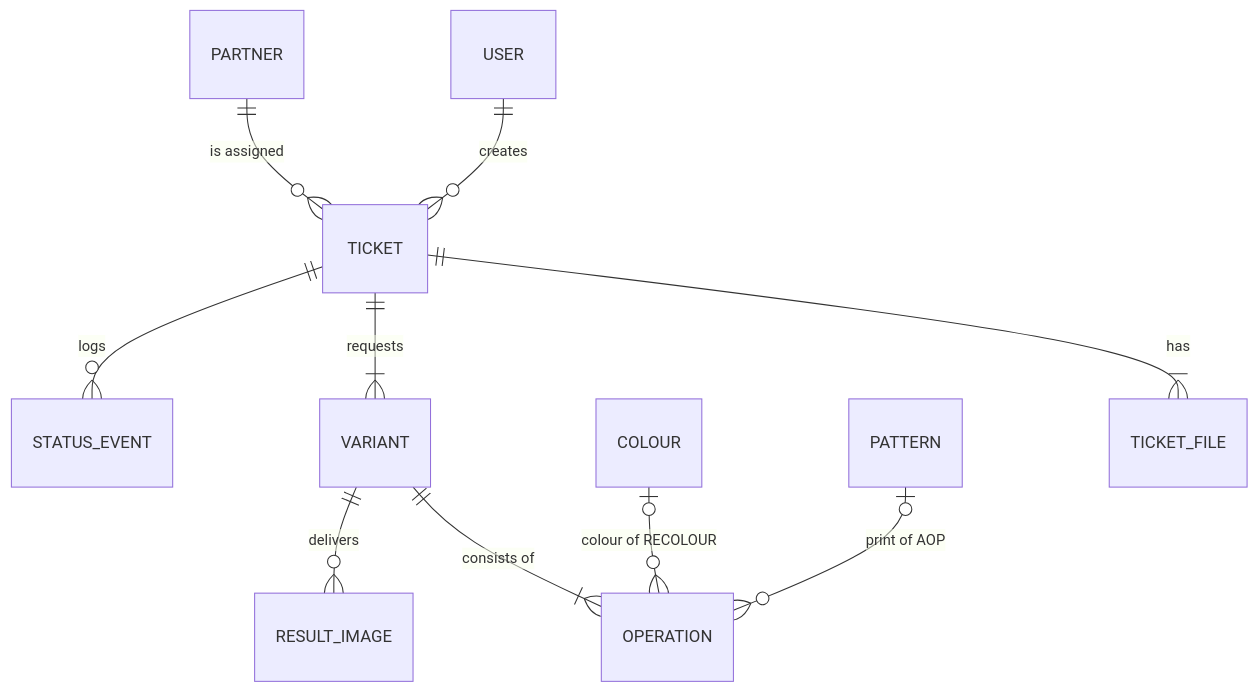
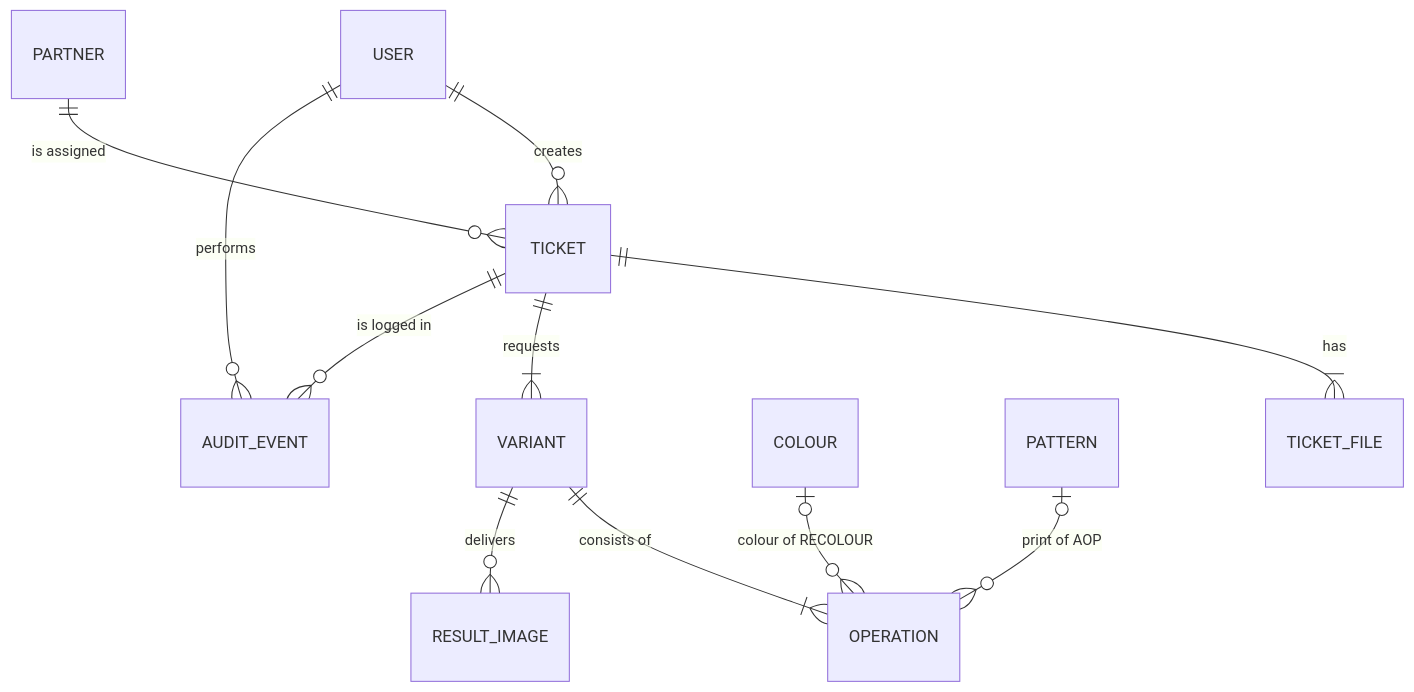
One commit to Stenbryggen/recolor changed the diagram in README.md. Above: the diagram before and after it, drawn with Mermaid. The commit also changed other lines of this file and 1 other file, not shown here.

First line of the commit message:
Document file upload and the audit trail

````diff
--- a/README.md
+++ b/README.md
@@ -55,12 +55,13 @@
 ```mermaid
 erDiagram
     USER ||--o{ TICKET : creates
     PARTNER ||--o{ TICKET : "is assigned"
     TICKET ||--|{ TICKET_FILE : has
     TICKET ||--|{ VARIANT : requests
     VARIANT ||--|{ OPERATION : "consists of"
     COLOUR |o--o{ OPERATION : "colour of RECOLOUR"
     PATTERN |o--o{ OPERATION : "print of AOP"
     VARIANT ||--o{ RESULT_IMAGE : delivers
-    TICKET ||--o{ STATUS_EVENT : logs
+    TICKET ||--o{ AUDIT_EVENT : "is logged in"
+    USER ||--o{ AUDIT_EVENT : performs
 ```
````
